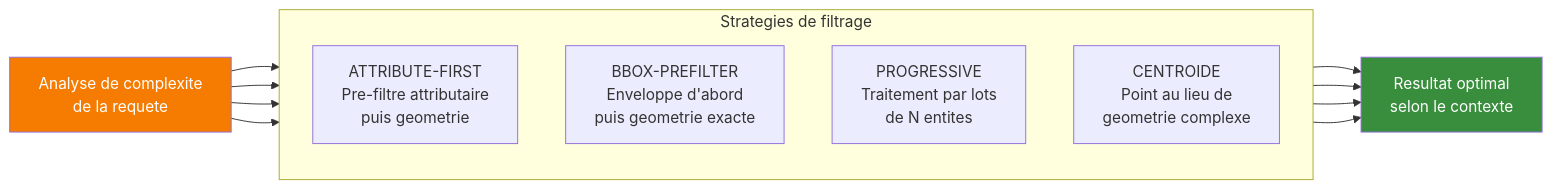
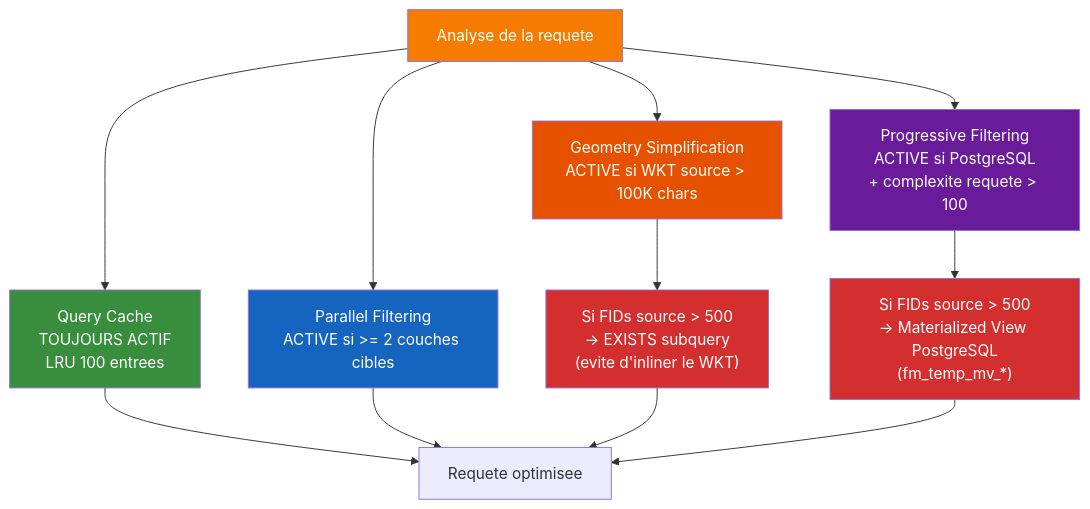
Diagram 15 of 23 in website/TUTORIAL_SERIES_AUDIT.md (imagodata/filter_mate), drawn with Mermaid before and after one commit. The commit also changed other lines of this file and 10 other files, not shown here.

First line of the commit message:
Add 10 tutorial video scripts with 46 Mermaid diagrams (5997 lines)

````diff
--- a/website/TUTORIAL_SERIES_AUDIT.md
+++ b/website/TUTORIAL_SERIES_AUDIT.md
@@ -682,23 +733,26 @@
 ```mermaid
-flowchart LR
-    subgraph STRATEGIES["Strategies de filtrage"]
-        direction TB
-        S1["ATTRIBUTE-FIRST<br/>Pre-filtre attributaire<br/>puis geometrie"]
-        S2["BBOX-PREFILTER<br/>Enveloppe d'abord<br/>puis geometrie exacte"]
-        S3["PROGRESSIVE<br/>Traitement par lots<br/>de N entites"]
-        S4["CENTROIDE<br/>Point au lieu de<br/>geometrie complexe"]
-    end
+flowchart TD
+    ANALYSER["Analyse de la requete"]
 
-    ANALYSER["Analyse de complexite<br/>de la requete"] --> S1
-    ANALYSER --> S2
-    ANALYSER --> S3
-    ANALYSER --> S4
+    ANALYSER --> OPT1["Query Cache<br/>TOUJOURS ACTIF<br/>LRU 100 entrees"]
+    ANALYSER --> OPT2["Parallel Filtering<br/>ACTIVE si >= 2 couches cibles"]
+    ANALYSER --> OPT3["Progressive Filtering<br/>ACTIVE si PostgreSQL<br/>+ complexite requete > 100"]
+    ANALYSER --> OPT4["Geometry Simplification<br/>ACTIVE si WKT source > 100K chars"]
 
-    S1 --> OPTIMAL["Resultat optimal<br/>selon le contexte"]
-    S2 --> OPTIMAL
-    S3 --> OPTIMAL
-    S4 --> OPTIMAL
+    OPT4 --> EXISTS["Si FIDs source > 500<br/>→ EXISTS subquery<br/>(evite d'inliner le WKT)"]
 
+    OPT3 --> MATVIEW["Si FIDs source > 500<br/>→ Materialized View PostgreSQL<br/>(fm_temp_mv_*)"]
+
+    OPT1 --> RESULT["Requete optimisee"]
+    OPT2 --> RESULT
+    EXISTS --> RESULT
+    MATVIEW --> RESULT
+
+    style OPT1 fill:#388E3C,color:#fff
+    style OPT2 fill:#1565C0,color:#fff
+    style OPT3 fill:#6A1B9A,color:#fff
+    style OPT4 fill:#E65100,color:#fff
+    style EXISTS fill:#D32F2F,color:#fff
+    style MATVIEW fill:#D32F2F,color:#fff
     style ANALYSER fill:#F57C00,color:#fff
-    style OPTIMAL fill:#388E3C,color:#fff
 ```
````
